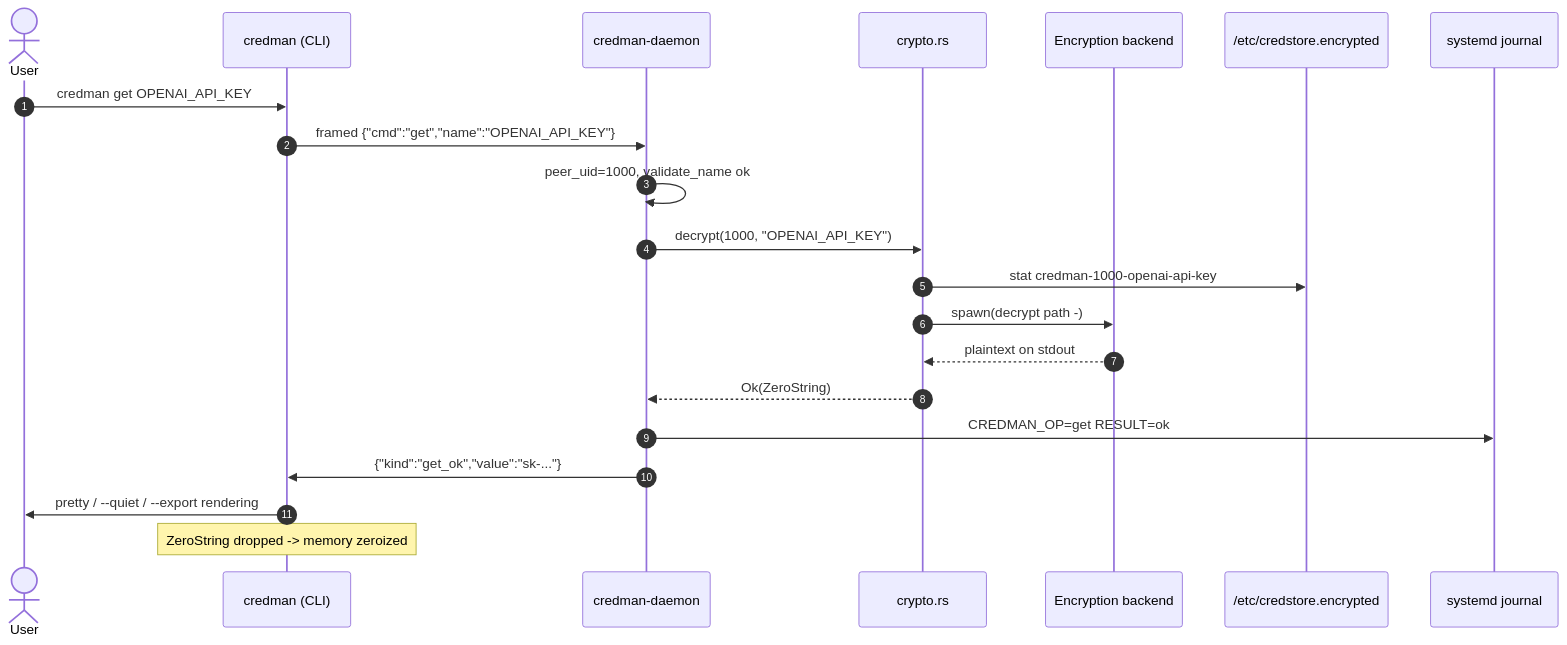
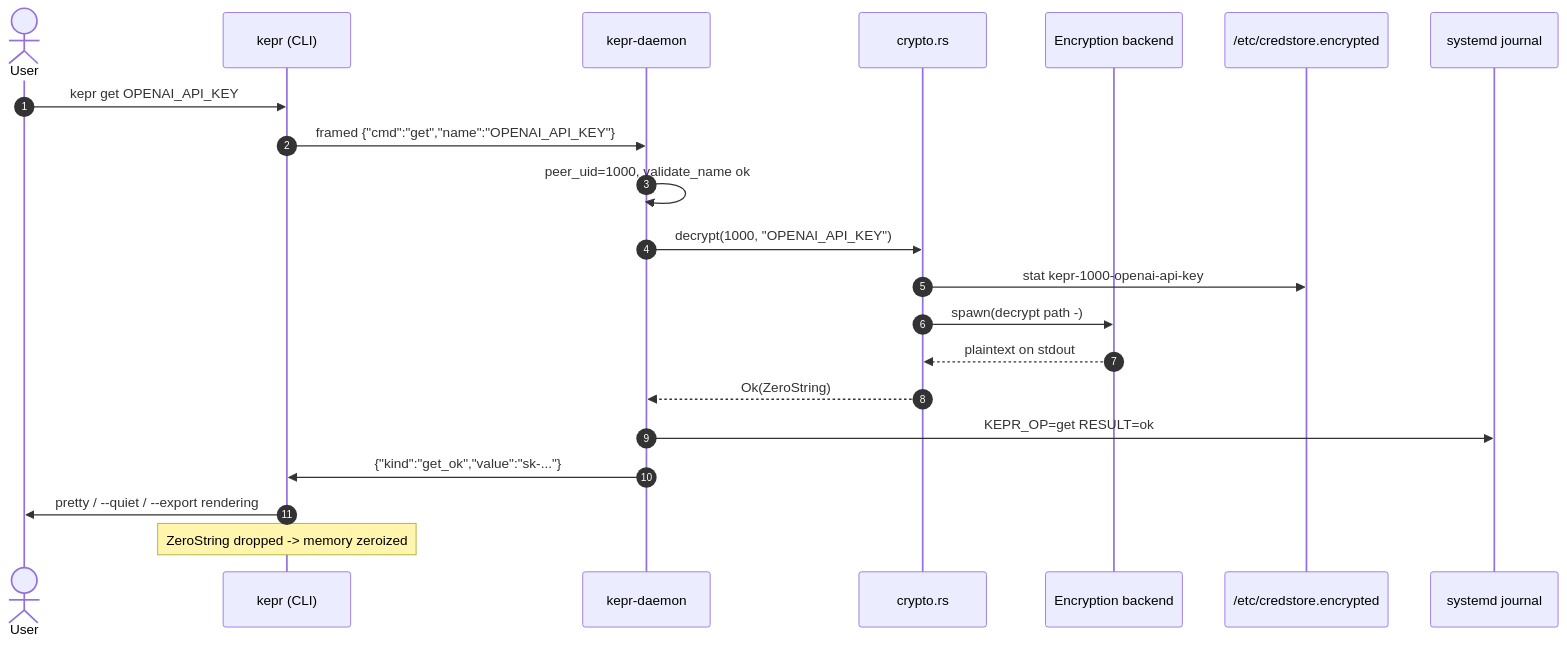
One commit to justdoGIT/kepr changed the second of 5 diagrams in docs/content/docs/architecture/sequence-diagrams.mdx. Above: the diagram before and after it, drawn with Mermaid. The commit also changed other lines of this file and 14 other files, not shown here.

````diff
--- a/docs/content/docs/architecture/sequence-diagrams.mdx
+++ b/docs/content/docs/architecture/sequence-diagrams.mdx
@@ -41,24 +41,24 @@
 ```mermaid
 sequenceDiagram
     autonumber
     actor U as User
-    participant CLI as credman (CLI)
-    participant D as credman-daemon
+    participant CLI as kepr (CLI)
+    participant D as kepr-daemon
     participant CR as crypto.rs
     participant BE as Encryption backend
     participant FS as /etc/credstore.encrypted
     participant J as systemd journal
 
-    U->>CLI: credman get OPENAI_API_KEY
+    U->>CLI: kepr get OPENAI_API_KEY
     CLI->>D: framed {"cmd":"get","name":"OPENAI_API_KEY"}
     D->>D: peer_uid=1000, validate_name ok
     D->>CR: decrypt(1000, "OPENAI_API_KEY")
-    CR->>FS: stat credman-1000-openai-api-key
+    CR->>FS: stat kepr-1000-openai-api-key
     CR->>BE: spawn(decrypt path -)
     BE-->>CR: plaintext on stdout
     CR-->>D: Ok(ZeroString)
-    D->>J: CREDMAN_OP=get RESULT=ok
+    D->>J: KEPR_OP=get RESULT=ok
     D->>CLI: {"kind":"get_ok","value":"sk-..."}
     CLI->>U: pretty / --quiet / --export rendering
     Note over CLI: ZeroString dropped -> memory zeroized
 ```
````
